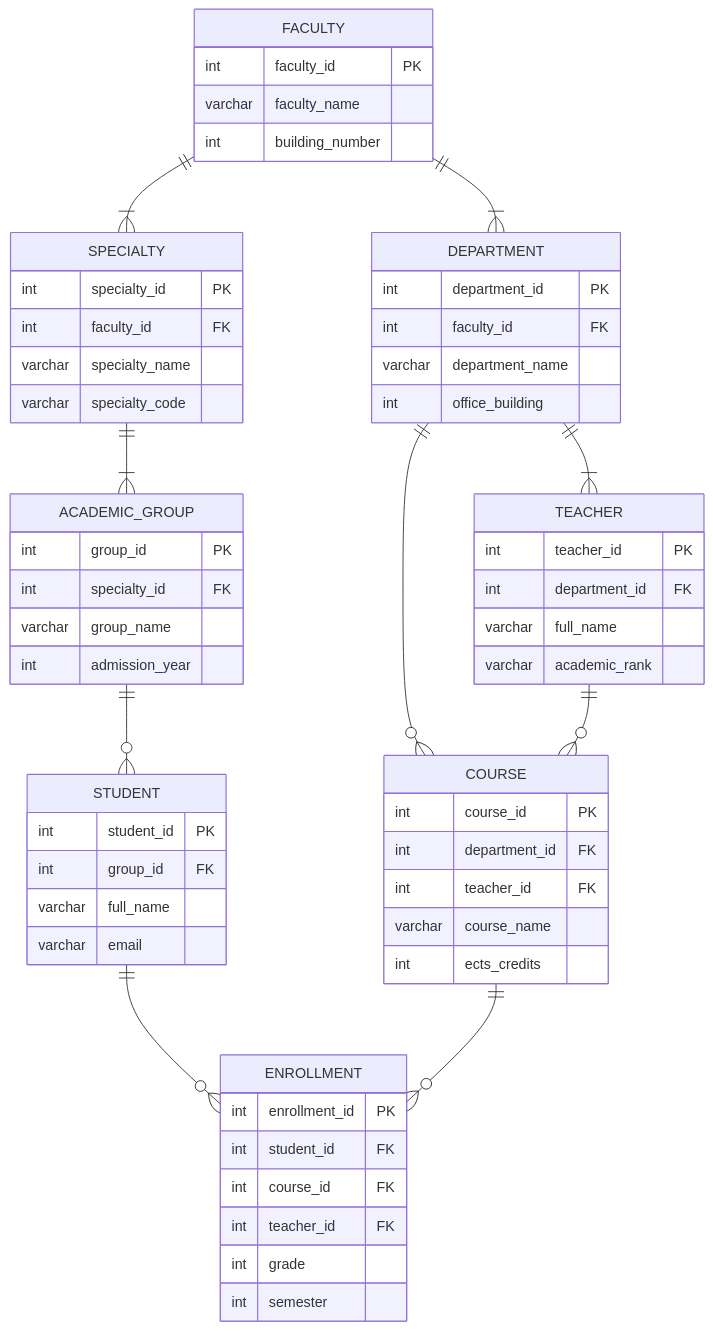
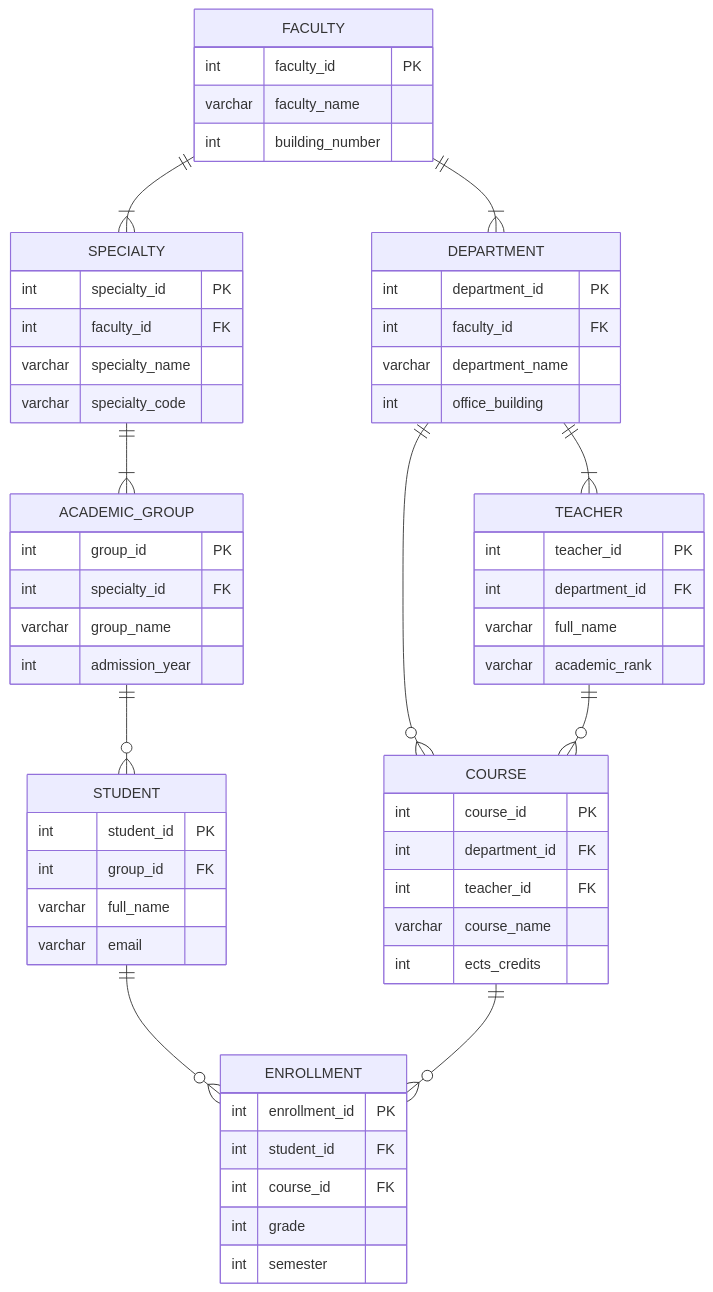
Before and after one commit to ZheniaTrochun/db-intro-course: the diagram in labs/1 - ER Diagram/README.md, drawn with Mermaid.

Commit message:
Remove teacher_id FK from ENROLLMENT table
Removed teacher_id foreign key from ENROLLMENT table.

````diff
--- a/labs/1 - ER Diagram/README.md
+++ b/labs/1 - ER Diagram/README.md
@@ -89,70 +89,69 @@
 ```mermaid
 erDiagram
     FACULTY ||--|{ DEPARTMENT : ""
     FACULTY ||--|{ SPECIALTY : ""
     SPECIALTY ||--|{ ACADEMIC_GROUP : ""
     ACADEMIC_GROUP ||--o{ STUDENT : ""
     DEPARTMENT ||--|{ TEACHER : ""
     DEPARTMENT ||--o{ COURSE : ""
     STUDENT ||--o{ ENROLLMENT : ""
     COURSE ||--o{ ENROLLMENT : ""
     TEACHER ||--o{ COURSE : ""
 
     FACULTY {
         int faculty_id PK
         varchar faculty_name
         int building_number
     }
 
     DEPARTMENT {
         int department_id PK
         int faculty_id FK
         varchar department_name
         int office_building
     }
 
     SPECIALTY {
         int specialty_id PK
         int faculty_id FK
         varchar specialty_name
         varchar specialty_code
     }
 
     ACADEMIC_GROUP {
         int group_id PK
         int specialty_id FK
         varchar group_name
         int admission_year
     }
 
     STUDENT {
         int student_id PK
         int group_id FK
         varchar full_name
         varchar email
     }
 
     TEACHER {
         int teacher_id PK
         int department_id FK
         varchar full_name
         varchar academic_rank
     }
 
     COURSE {
         int course_id PK
         int department_id FK
         int teacher_id FK
         varchar course_name
         int ects_credits
     }
 
     ENROLLMENT {
         int enrollment_id PK
         int student_id FK
         int course_id FK
-        int teacher_id FK
         int grade
         int semester
     }
 ```
````
